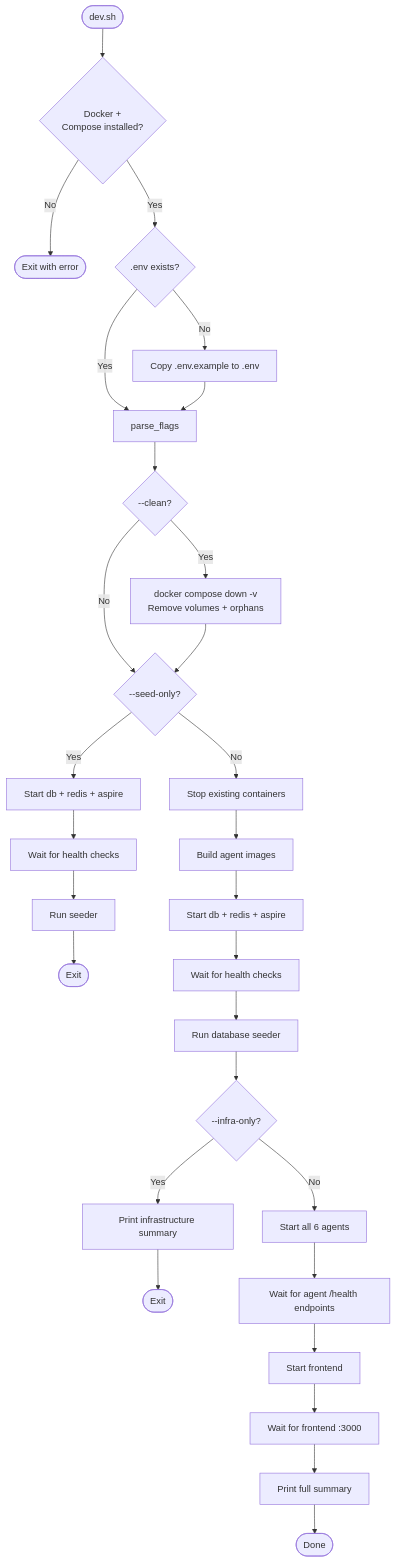
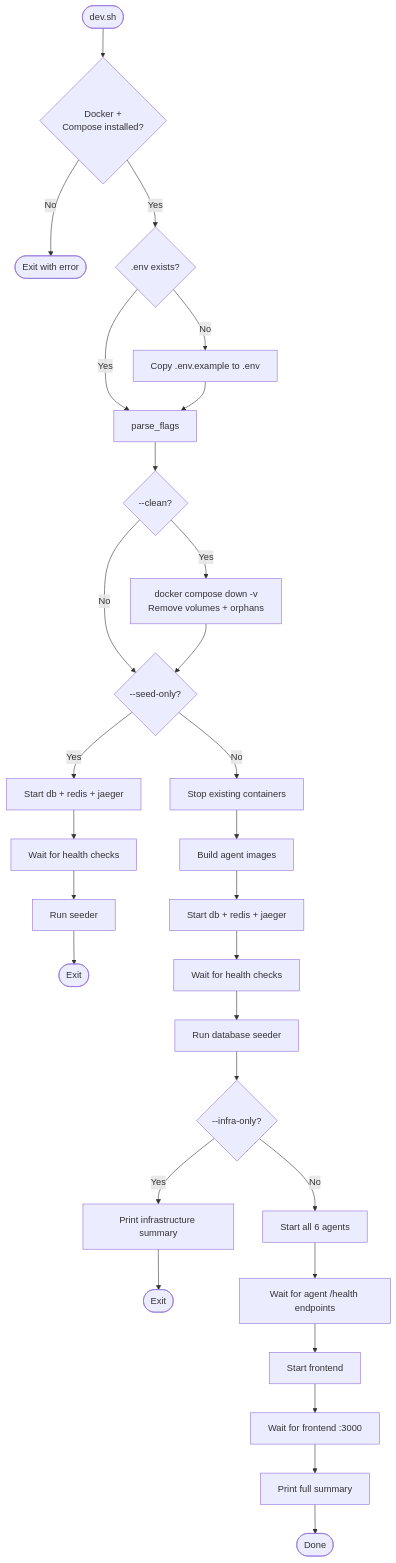
Before and after one commit to s1encisi/reliable-commerce-agents: the second of 2 diagrams in docs/deployment.md, drawn with Mermaid. The commit also changed other lines of this file and 1033 other files, not shown here.

````diff
--- a/docs/deployment.md
+++ b/docs/deployment.md
@@ -126,36 +122,36 @@
 ```mermaid
 flowchart TD
     start([dev.sh]) --> check_prereqs{Docker +<br/>Compose installed?}
     check_prereqs -- No --> fail_exit([Exit with error])
     check_prereqs -- Yes --> check_env{.env exists?}
     check_env -- No --> copy_env[Copy .env.example to .env]
     check_env -- Yes --> parse_flags
     copy_env --> parse_flags
 
     parse_flags --> is_clean{--clean?}
     is_clean -- Yes --> clean[docker compose down -v<br/>Remove volumes + orphans]
     is_clean -- No --> is_seed_only
 
     clean --> is_seed_only{--seed-only?}
-    is_seed_only -- Yes --> start_infra_seed[Start db + redis + aspire]
+    is_seed_only -- Yes --> start_infra_seed[Start db + redis + jaeger]
     start_infra_seed --> health_infra_seed[Wait for health checks]
     health_infra_seed --> run_seeder_only[Run seeder]
     run_seeder_only --> exit_seed([Exit])
 
     is_seed_only -- No --> stop_existing[Stop existing containers]
     stop_existing --> build[Build agent images]
-    build --> start_infra[Start db + redis + aspire]
+    build --> start_infra[Start db + redis + jaeger]
     start_infra --> health_infra[Wait for health checks]
     health_infra --> run_seeder[Run database seeder]
 
     run_seeder --> is_infra_only{--infra-only?}
     is_infra_only -- Yes --> summary_infra[Print infrastructure summary]
     summary_infra --> exit_infra([Exit])
 
     is_infra_only -- No --> start_agents[Start all 6 agents]
     start_agents --> health_agents[Wait for agent /health endpoints]
     health_agents --> start_frontend[Start frontend]
     start_frontend --> health_frontend[Wait for frontend :3000]
     health_frontend --> summary_full[Print full summary]
     summary_full --> done([Done])
 ```
````
